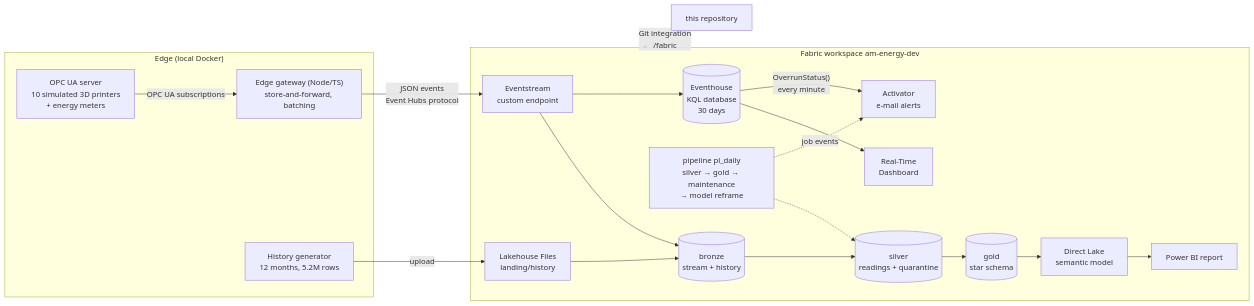
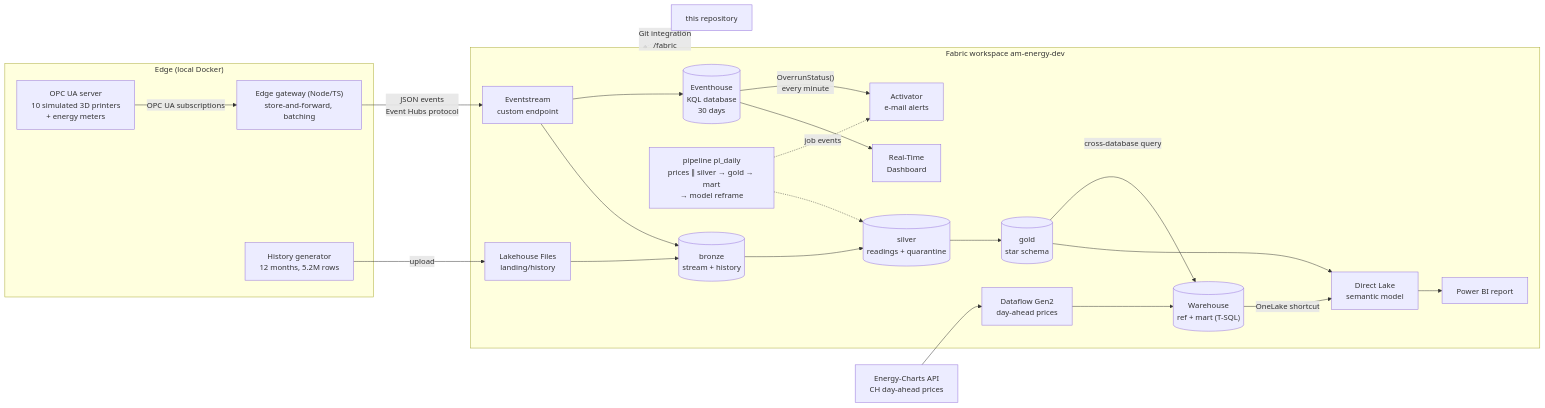
The diagram in README.md (v-nc/fabric-am-energy), drawn with Mermaid before and after one commit. The commit also changed other lines of this file and 5 other files, not shown here.

First line of the commit message:
Market prices documented: decisions 39-43, README, report PDF, one-pager

````diff
--- a/README.md
+++ b/README.md
@@ -43,33 +48,39 @@
 ```mermaid
 flowchart LR
   subgraph edge["Edge (local Docker)"]
     sim["OPC UA server<br/>10 simulated 3D printers<br/>+ energy meters"]
     gw["Edge gateway (Node/TS)<br/>store-and-forward, batching"]
     hist["History generator<br/>12 months, 5.2M rows"]
     sim -- "OPC UA subscriptions" --> gw
   end
 
   subgraph fabric["Fabric workspace am-energy-dev"]
     es["Eventstream<br/>custom endpoint"]
     files["Lakehouse Files<br/>landing/history"]
     bronze[("bronze<br/>stream + history")]
     silver[("silver<br/>readings + quarantine")]
     gold[("gold<br/>star schema")]
     sm["Direct Lake<br/>semantic model"]
     rpt["Power BI report"]
-    pl["pipeline pl_daily<br/>silver → gold → maintenance<br/>→ model reframe"]
+    pl["pipeline pl_daily<br/>prices ∥ silver → gold → mart<br/>→ model reframe"]
     kql[("Eventhouse<br/>KQL database<br/>30 days")]
     rtd["Real-Time<br/>Dashboard"]
     act["Activator<br/>e-mail alerts"]
+    df["Dataflow Gen2<br/>day-ahead prices"]
+    wh[("Warehouse<br/>ref + mart (T-SQL)")]
     es --> bronze
     files --> bronze --> silver --> gold --> sm --> rpt
     pl -.-> silver
     es --> kql --> rtd
     kql -- "OverrunStatus()<br/>every minute" --> act
     pl -. "job events" .-> act
+    df --> wh
+    gold -- "cross-database query" --> wh
+    wh -- "OneLake shortcut" --> sm
   end
 
   gw -- "JSON events<br/>Event Hubs protocol" --> es
   hist -- "upload" --> files
+  api["Energy-Charts API<br/>CH day-ahead prices"] --> df
   fabric <-. "Git integration<br/>/fabric" .-> repo["this repository"]
 ```
````
